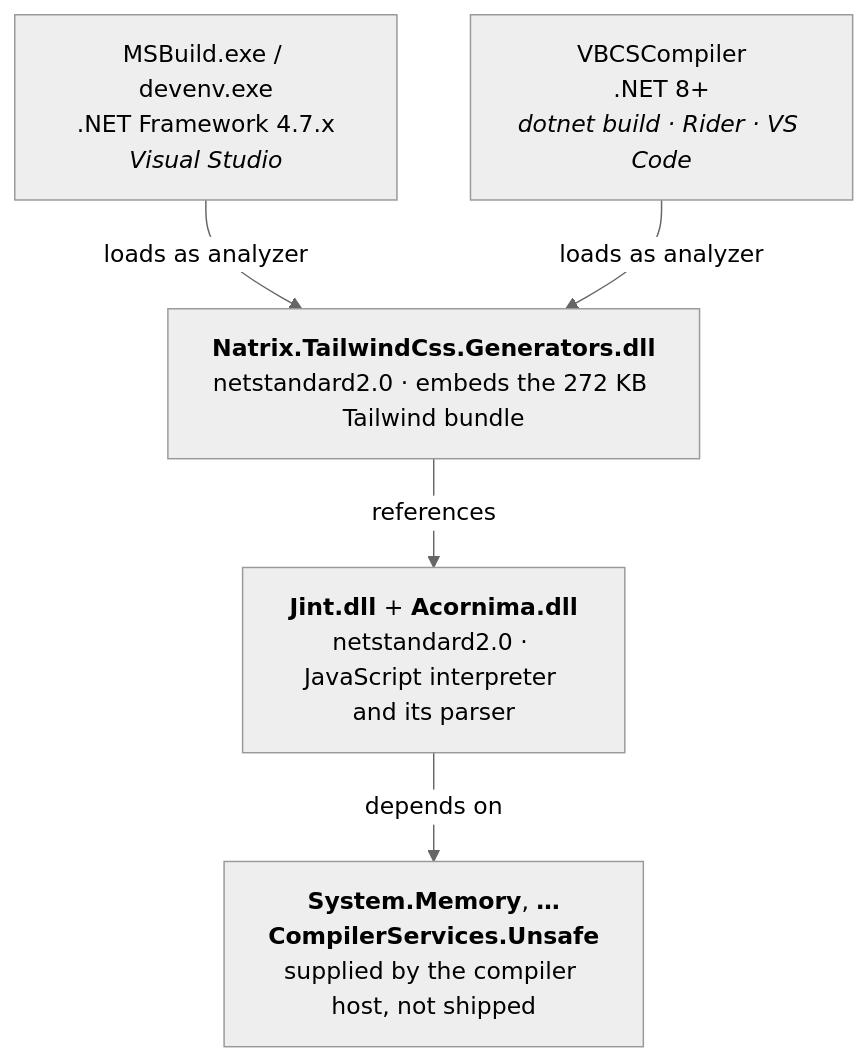
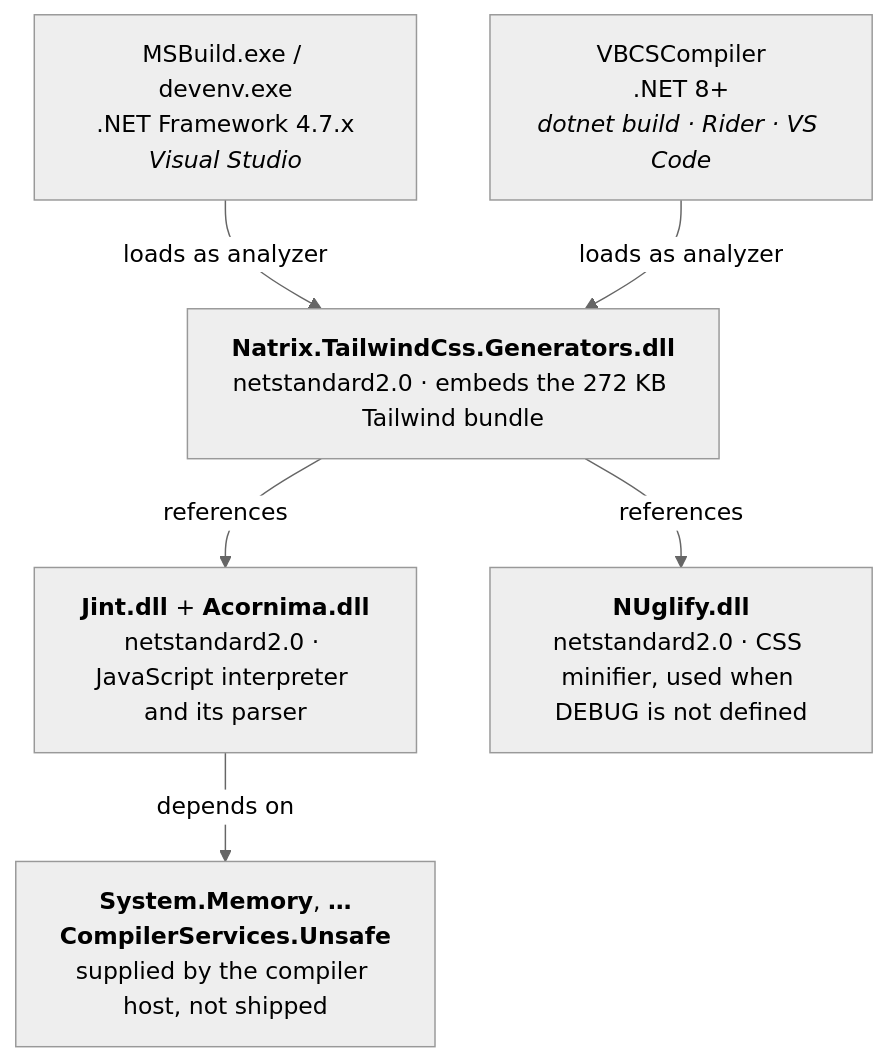
One commit to miroljub1995/natrix changed the first of 2 diagrams in src/Natrix.TailwindCss.Generators/ARCHITECTURE.md. Above: the diagram before and after it, drawn with Mermaid (neutral theme). The commit also changed other lines of this file and 13 other files, not shown here.

First line of the commit message:
Minify the generated Tailwind CSS when DEBUG is not defined (#40)

````diff
--- a/src/Natrix.TailwindCss.Generators/ARCHITECTURE.md
+++ b/src/Natrix.TailwindCss.Generators/ARCHITECTURE.md
@@ -19,14 +19,15 @@
 ```mermaid
 flowchart TD
     FX["MSBuild.exe / devenv.exe<br/>.NET Framework 4.7.x<br/><i>Visual Studio</i>"]
     MOD["VBCSCompiler<br/>.NET 8+<br/><i>dotnet build · Rider · VS Code</i>"]
 
     AN["<b>Natrix.TailwindCss.Generators.dll</b><br/>netstandard2.0 · embeds the 272 KB Tailwind bundle"]
     JI["<b>Jint.dll</b> + <b>Acornima.dll</b><br/>netstandard2.0 · JavaScript interpreter and its parser"]
     HOST["<b>System.Memory</b>, <b>…CompilerServices.Unsafe</b><br/>supplied by the compiler host, not shipped"]
 
     FX -->|loads as analyzer| AN
     MOD -->|loads as analyzer| AN
     AN -->|references| JI
     JI -->|depends on| HOST
+    AN -->|references| NU["<b>NUglify.dll</b><br/>netstandard2.0 · CSS minifier, used when DEBUG is not defined"]
 ```
````
